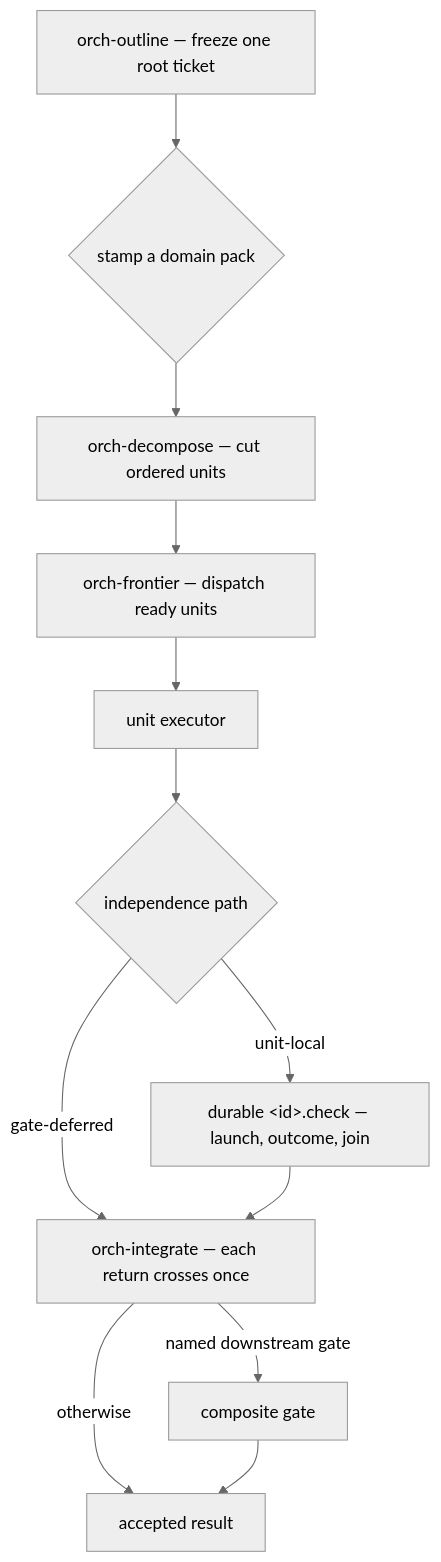
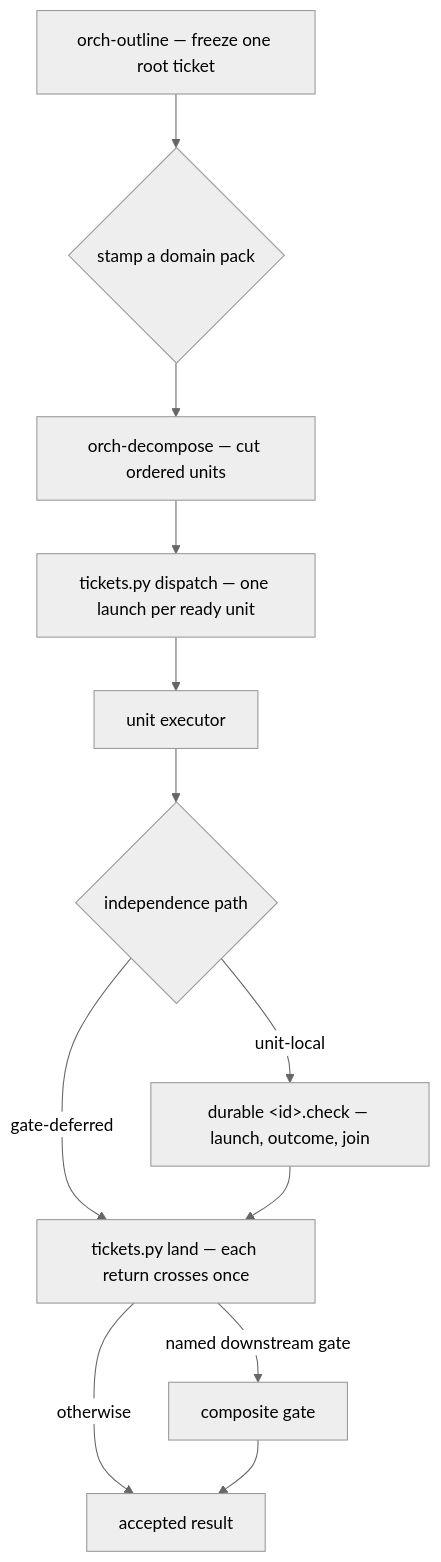
Before and after one commit to DanMcInerney/orchflows: the diagram in README.md, drawn with Mermaid (neutral theme). The commit also changed other lines of this file and 59 other files, not shown here.

````diff
--- a/README.md
+++ b/README.md
@@ -182,14 +181,14 @@
 ```mermaid
 flowchart TD
     outline["orch-outline — freeze one root ticket"] --> pack{"stamp a domain pack"}
     pack --> dec["orch-decompose — cut ordered units"]
-    dec --> frontier["orch-frontier — dispatch ready units"]
+    dec --> frontier["tickets.py dispatch — one launch per ready unit"]
     frontier --> exec["unit executor"]
     exec --> path{"independence path"}
     path -->|unit-local| checker["durable &lt;id&gt;.check — launch, outcome, join"]
-    path -->|gate-deferred| join["orch-integrate — each return crosses once"]
+    path -->|gate-deferred| join["tickets.py land — each return crosses once"]
     checker --> join
     join -->|named downstream gate| gate["composite gate"]
     join -->|otherwise| accepted["accepted result"]
     gate --> accepted
 ```
````
